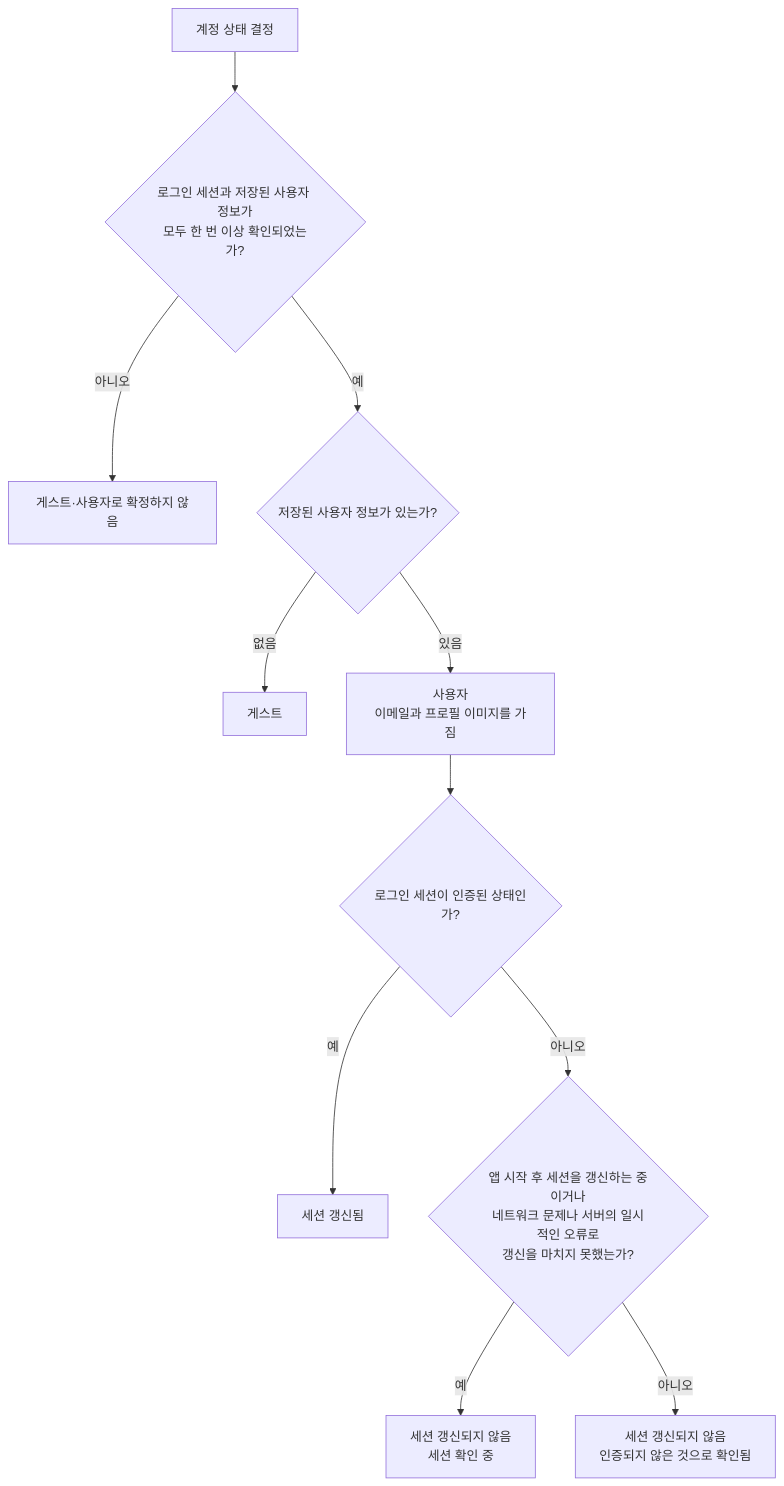
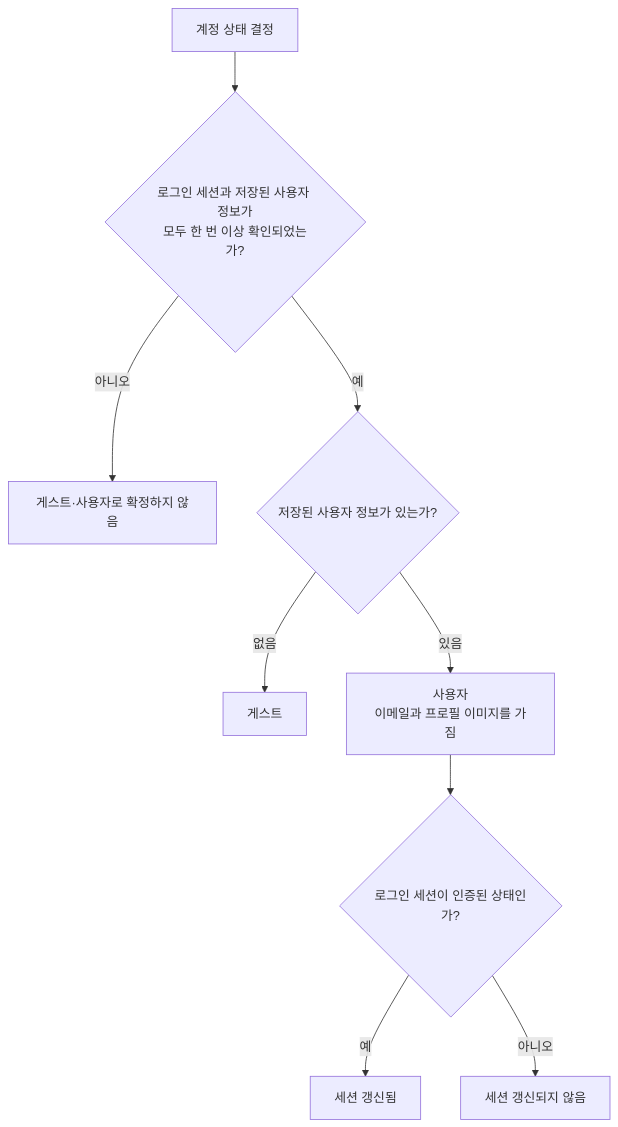
The diagram in docs/spec/client/account.md (taetae98coding/DiaryKMP), drawn with Mermaid before and after one commit. The commit also changed other lines of this file and 589 other files, not shown here.

````diff
--- a/docs/spec/client/account.md
+++ b/docs/spec/client/account.md
@@ -9,13 +9,11 @@
 ```mermaid
 flowchart TD
     start["계정 상태 결정"] --> ready{"로그인 세션과 저장된 사용자 정보가<br/>모두 한 번 이상 확인되었는가?"}
     ready -- 아니오 --> pending["게스트·사용자로 확정하지 않음"]
     ready -- 예 --> info{"저장된 사용자 정보가 있는가?"}
     info -- 없음 --> guest["게스트"]
     info -- 있음 --> user["사용자<br/>이메일과 프로필 이미지를 가짐"]
     user --> session{"로그인 세션이 인증된 상태인가?"}
     session -- 예 --> refreshed["세션 갱신됨"]
-    session -- 아니오 --> checking{"앱 시작 후 세션을 갱신하는 중이거나<br/>네트워크 문제나 서버의 일시적인 오류로<br/>갱신을 마치지 못했는가?"}
-    checking -- 예 --> confirming["세션 갱신되지 않음<br/>세션 확인 중"]
-    checking -- 아니오 --> stale["세션 갱신되지 않음<br/>인증되지 않은 것으로 확인됨"]
+    session -- 아니오 --> stale["세션 갱신되지 않음"]
 ```
````
